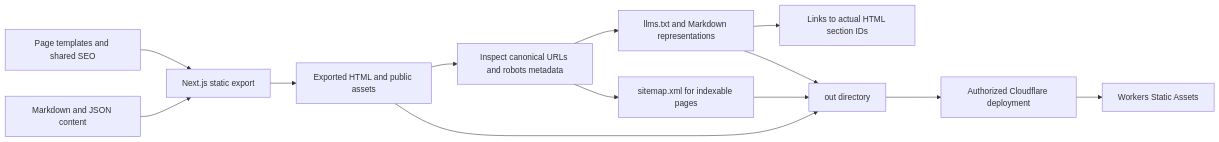
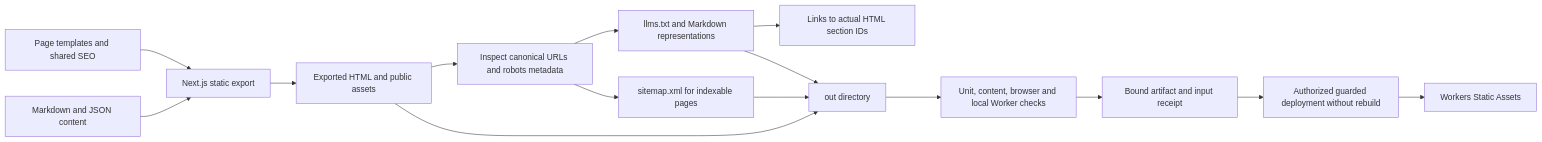
The first of 2 diagrams in memory-bank/dataFlow.md (ryanbehan/v15-sailing), drawn with Mermaid before and after one commit. The commit also changed other lines of this file and 19 other files, not shown here.

````diff
--- a/memory-bank/dataFlow.md
+++ b/memory-bank/dataFlow.md
@@ -5,15 +5,17 @@
 ```mermaid
 flowchart LR
     Content[Markdown and JSON content] --> Next[Next.js static export]
     Components[Page templates and shared SEO] --> Next
     Next --> HTML[Exported HTML and public assets]
     HTML --> Inspect[Inspect canonical URLs and robots metadata]
     Inspect --> Sitemap[sitemap.xml for indexable pages]
     Inspect --> Agents[llms.txt and Markdown representations]
     Agents --> Sections[Links to actual HTML section IDs]
     HTML --> Out[out directory]
     Sitemap --> Out
     Agents --> Out
-    Out --> Deploy[Authorized Cloudflare deployment]
+    Out --> Gate[Unit, content, browser and local Worker checks]
+    Gate --> Receipt[Bound artifact and input receipt]
+    Receipt --> Deploy[Authorized guarded deployment without rebuild]
     Deploy --> Assets[Workers Static Assets]
 ```
````
